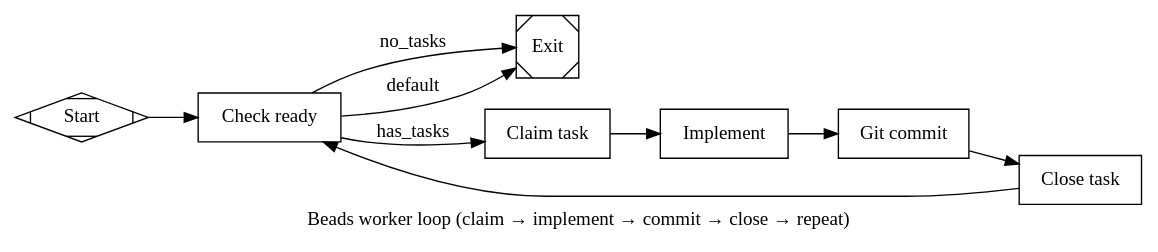
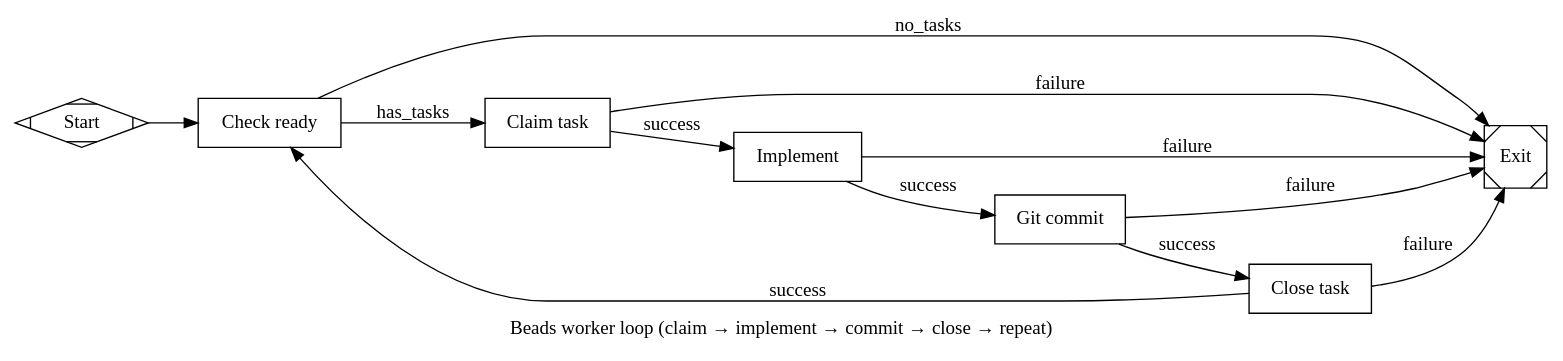
One commit to Industrial/streamweave-attractor changed the diagram in examples/workflows/beads-worker-loop.dot. Above: the diagram before and after it, drawn with Graphviz. The commit also changed 5 other files, not shown here.

First line of the commit message:
feat: enhance workflow diagrams with outcome-based conditions

```diff
--- a/examples/workflows/beads-worker-loop.dot
+++ b/examples/workflows/beads-worker-loop.dot
@@ -1,33 +1,36 @@
 digraph BeadsWorkerLoop {
   graph [
     goal="Drain ready beads tasks one by one; do not commit .beads/issues.jsonl",
     label="Beads worker loop (claim → implement → commit → close → repeat)"
   ]
   rankdir=LR
 
   start [shape=Mdiamond, label="Start"]
   exit [shape=Msquare, label="Exit"]
 
   check_ready [
     shape=box,
     label="Check ready",
     prompt="Run: devenv shell -- bd ready --json. Parse the output. If there is at least one ready task, write a JSON file to $ATTRACTOR_STAGE_DIR/outcome.json with: {\"context_updates\": {\"has_tasks\": \"true\", \"ready_task_id\": \"<id>\"}} where <id> is the first task's id (e.g. monorepo-123 or bd-123). If there are no ready tasks, write outcome.json with: {\"context_updates\": {\"has_tasks\": \"false\"}}. Then exit 0."
   ]
 
   status_in_progress [shape=box, label="Claim task", prompt="Claim the task whose id is in context key ready_task_id. Run: devenv shell -- bd update $ready_task_id --status in_progress --claim --json. Exit 0."]
 
   implement [shape=box, label="Implement", prompt="You are the beads-worker (see .cursor/agents/beads-worker.md). Implement the claimed task. Follow project rules: Effect.ts, devenv shell, no todo_write. Run tests/linters for changed code. Do not run bd close or git commit yet. Exit 0 when done."]
 
   git_commit [shape=box, label="Git commit", prompt="Commit code and config changes with a conventional commit message. Do NOT stage or commit .beads/issues.jsonl; exclude it from the commit. Use: devenv shell -- git add (files other than .beads/issues.jsonl), then git commit -m \"<message>\". Exit 0."]
 
   status_done [shape=box, label="Close task", prompt="Close the task: run devenv shell -- bd close $ready_task_id --reason \"Done\" --json. Exit 0. The pipeline will then return to Check ready."]
 
   start -> check_ready
-  check_ready -> status_in_progress [label="has_tasks", condition="has_tasks=true"]
-  check_ready -> exit [label="no_tasks", condition="has_tasks=false"]
-  check_ready -> exit [label="default"]
-  status_in_progress -> implement
-  implement -> git_commit
-  git_commit -> status_done
-  status_done -> check_ready
+  check_ready -> status_in_progress [label="has_tasks", condition="outcome=success"]
+  check_ready -> exit [label="no_tasks", condition="outcome=fail"]
+  status_in_progress -> implement [label="success", condition="outcome=success"]
+  status_in_progress -> exit [label="failure", condition="outcome=fail"]
+  implement -> git_commit [label="success", condition="outcome=success"]
+  implement -> exit [label="failure", condition="outcome=fail"]
+  git_commit -> status_done [label="success", condition="outcome=success"]
+  git_commit -> exit [label="failure", condition="outcome=fail"]
+  status_done -> check_ready [label="success", condition="outcome=success"]
+  status_done -> exit [label="failure", condition="outcome=fail"]
 }
```
